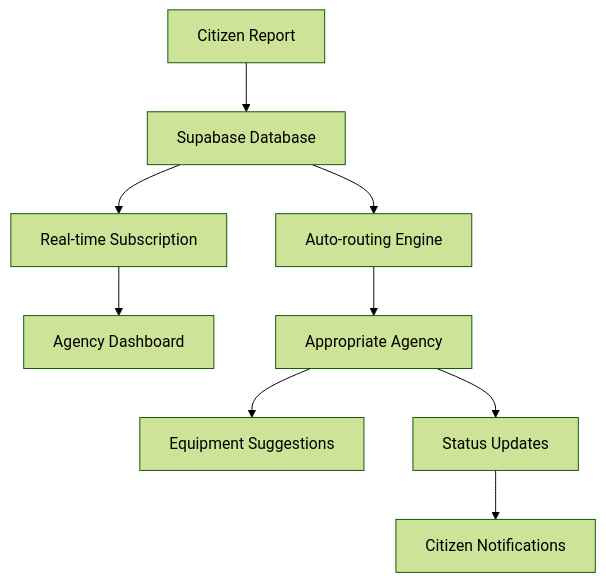
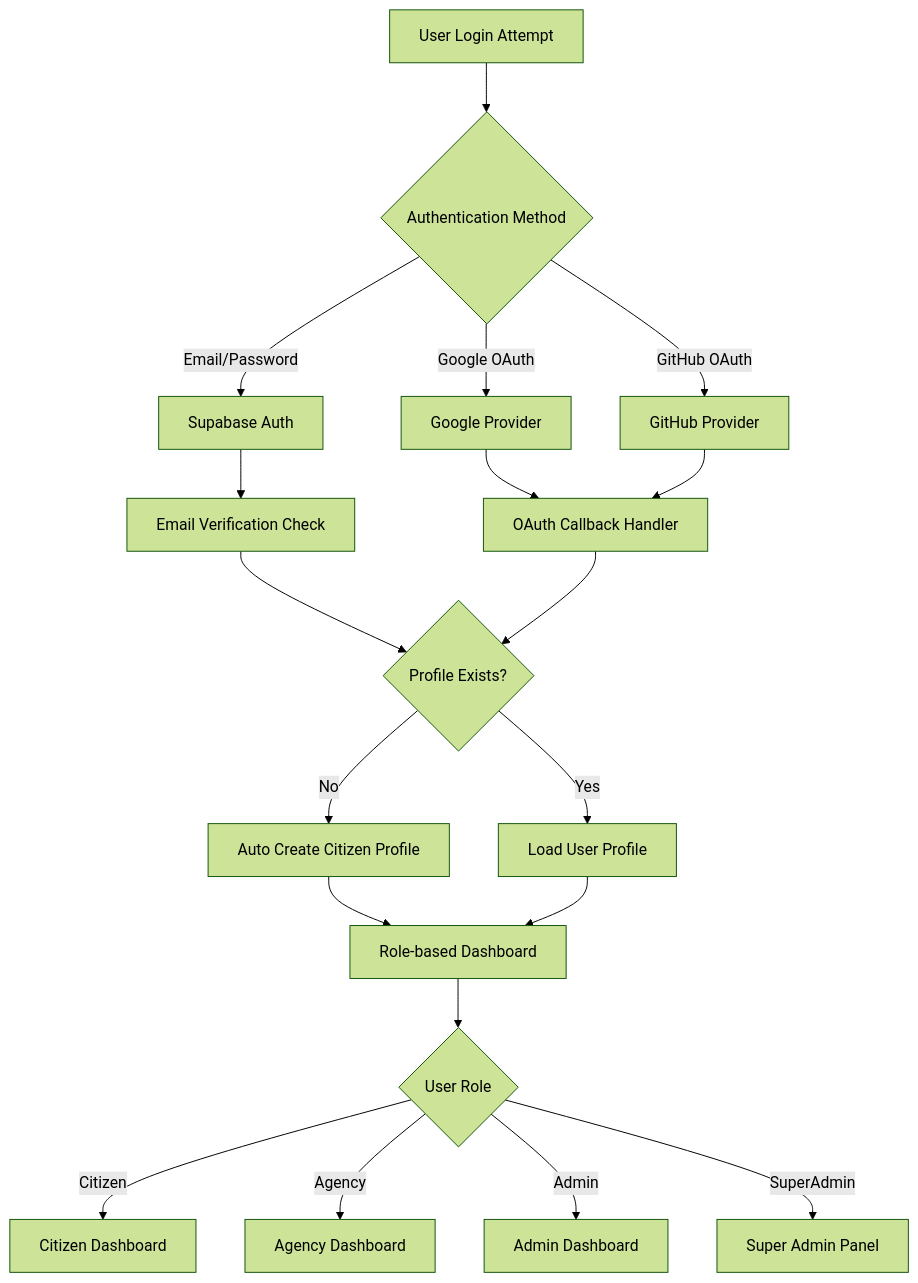
One commit to qppd/UERRA changed the diagram in README.md. Above: the diagram before and after it, drawn with Mermaid (forest theme). The commit also changed other lines of this file, not shown here.

````diff
--- a/README.md
+++ b/README.md
@@ -543,11 +651,26 @@
 ```mermaid
 graph TD
-    A[Citizen Report] --> B[Supabase Database]
-    B --> C[Real-time Subscription]
-    C --> D[Agency Dashboard]
-    B --> E[Auto-routing Engine]
-    E --> F[Appropriate Agency]
-    F --> G[Equipment Suggestions]
-    F --> H[Status Updates]
-    H --> I[Citizen Notifications]
+    A[User Login Attempt] --> B{Authentication Method}
+    B -->|Email/Password| C[Supabase Auth]
+    B -->|Google OAuth| D[Google Provider]
+    B -->|GitHub OAuth| E[GitHub Provider]
+    
+    C --> F[Email Verification Check]
+    D --> G[OAuth Callback Handler]
+    E --> G
+    
+    F --> H{Profile Exists?}
+    G --> H
+    
+    H -->|No| I[Auto Create Citizen Profile]
+    H -->|Yes| J[Load User Profile]
+    
+    I --> K[Role-based Dashboard]
+    J --> K
+    
+    K --> L{User Role}
+    L -->|Citizen| M[Citizen Dashboard]
+    L -->|Agency| N[Agency Dashboard]
+    L -->|Admin| O[Admin Dashboard]
+    L -->|SuperAdmin| P[Super Admin Panel]
 ```
````
